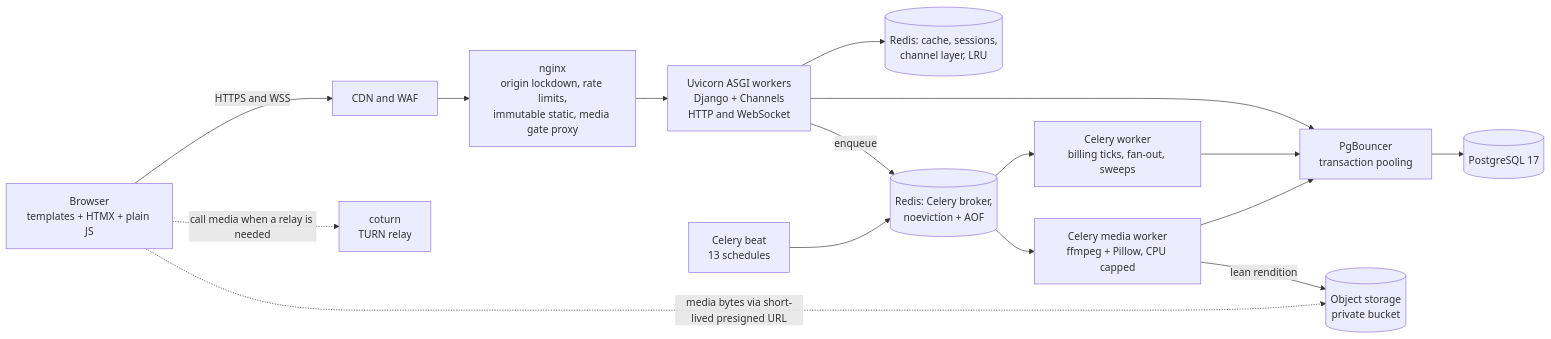
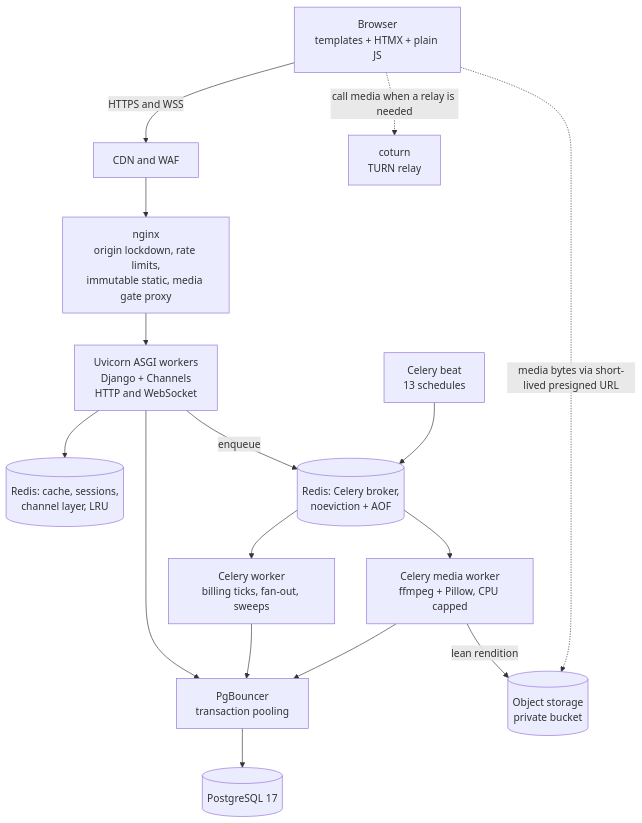
One commit to isaev4lex/blinkdates-case-study changed the first of 3 diagrams in README.md. Above: the diagram before and after it, drawn with Mermaid.

Commit message:
Lay out the architecture diagram top to bottom

````diff
--- a/README.md
+++ b/README.md
@@ -53,29 +53,29 @@
 ```mermaid
-flowchart LR
+flowchart TB
     B["Browser<br/>templates + HTMX + plain JS"]
     CDN["CDN and WAF"]
     NG["nginx<br/>origin lockdown, rate limits,<br/>immutable static, media gate proxy"]
     APP["Uvicorn ASGI workers<br/>Django + Channels<br/>HTTP and WebSocket"]
     PGB["PgBouncer<br/>transaction pooling"]
     PG[("PostgreSQL 17")]
     RC[("Redis: cache, sessions,<br/>channel layer, LRU")]
     RB[("Redis: Celery broker,<br/>noeviction + AOF")]
     CW["Celery worker<br/>billing ticks, fan-out, sweeps"]
     CM["Celery media worker<br/>ffmpeg + Pillow, CPU capped"]
     CB["Celery beat<br/>13 schedules"]
     R2[("Object storage<br/>private bucket")]
     TURN["coturn<br/>TURN relay"]
 
     B -->|"HTTPS and WSS"| CDN --> NG --> APP
     APP --> PGB --> PG
     APP --> RC
     APP -->|"enqueue"| RB
     CB --> RB
     RB --> CW
     RB --> CM
     CW --> PGB
     CM --> PGB
     CM -->|"lean rendition"| R2
     B -.->|"media bytes via short-lived presigned URL"| R2
     B -.->|"call media when a relay is needed"| TURN
 ```
````
